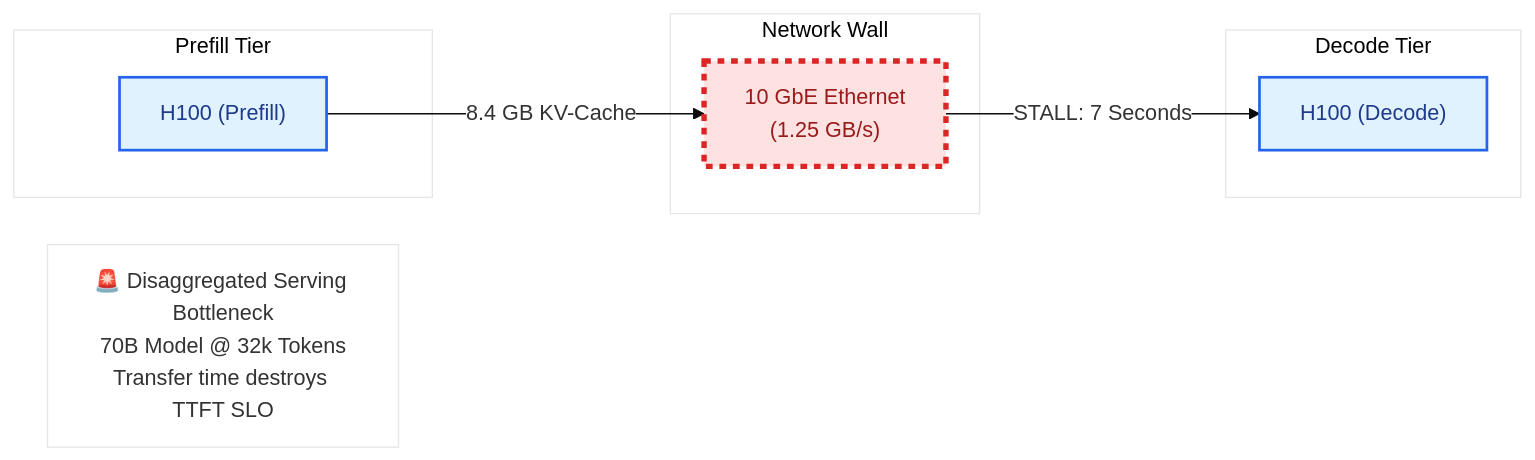
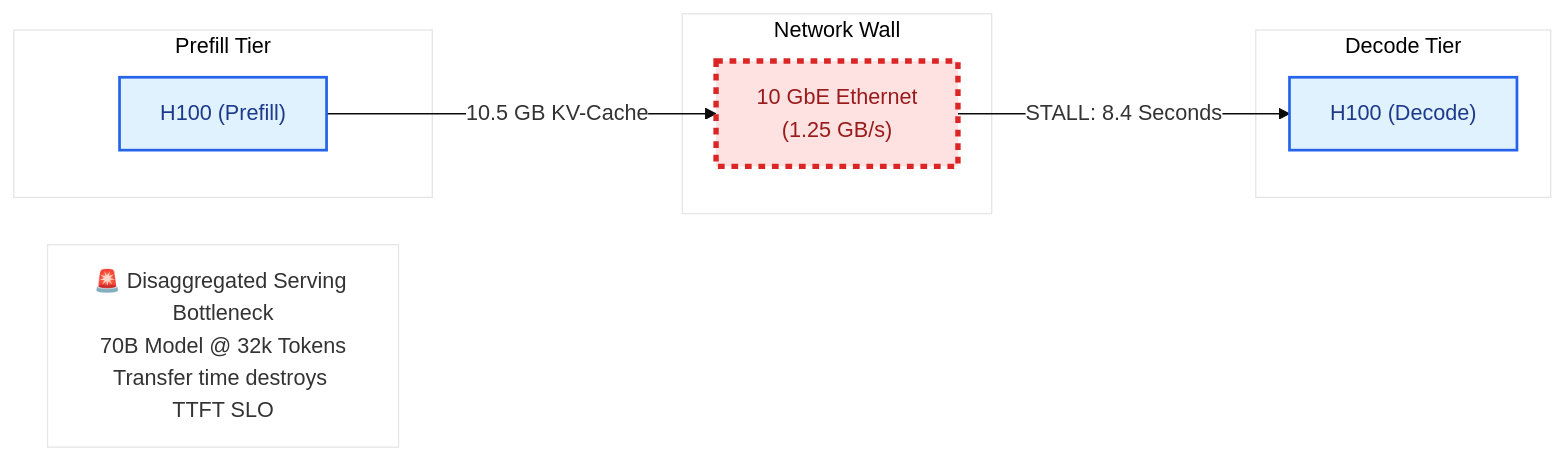
Before and after one commit to harvard-edge/cs249r_book: the tenth of 10 diagrams in interviews/cloud/05_visual_debugging.md, drawn with Mermaid. The commit also changed other lines of this file and 18 other files, not shown here.

````diff
--- a/interviews/cloud/05_visual_debugging.md
+++ b/interviews/cloud/05_visual_debugging.md
@@ -430,23 +430,23 @@
 ```mermaid
 %%{init: {'theme': 'base', 'themeVariables': { 'fontFamily': 'monospace', 'primaryColor': '#ffffff', 'edgeLabelBackground':'#ffffff'}}}%%
 graph LR
     classDef compute fill:#e0f2fe,stroke:#2563eb,stroke-width:2px,color:#1e3a8a
     classDef bottleneck fill:#fee2e2,stroke:#dc2626,stroke-width:4px,color:#991b1b,stroke-dasharray: 5 5
 
     subgraph "Prefill Tier"
         G1["H100 (Prefill)"]:::compute
     end
 
     subgraph "Network Wall"
         Net["10 GbE Ethernet<br/>(1.25 GB/s)"]:::bottleneck
     end
 
     subgraph "Decode Tier"
         G2["H100 (Decode)"]:::compute
     end
 
-    G1 -->|8.4 GB KV-Cache| Net
-    Net -->|"STALL: 7 Seconds"| G2
+    G1 -->|10.5 GB KV-Cache| Net
+    Net -->|"STALL: 8.4 Seconds"| G2
 
     Note["🚨 Disaggregated Serving Bottleneck<br/>70B Model @ 32k Tokens<br/>Transfer time destroys TTFT SLO"]
 ```
````
